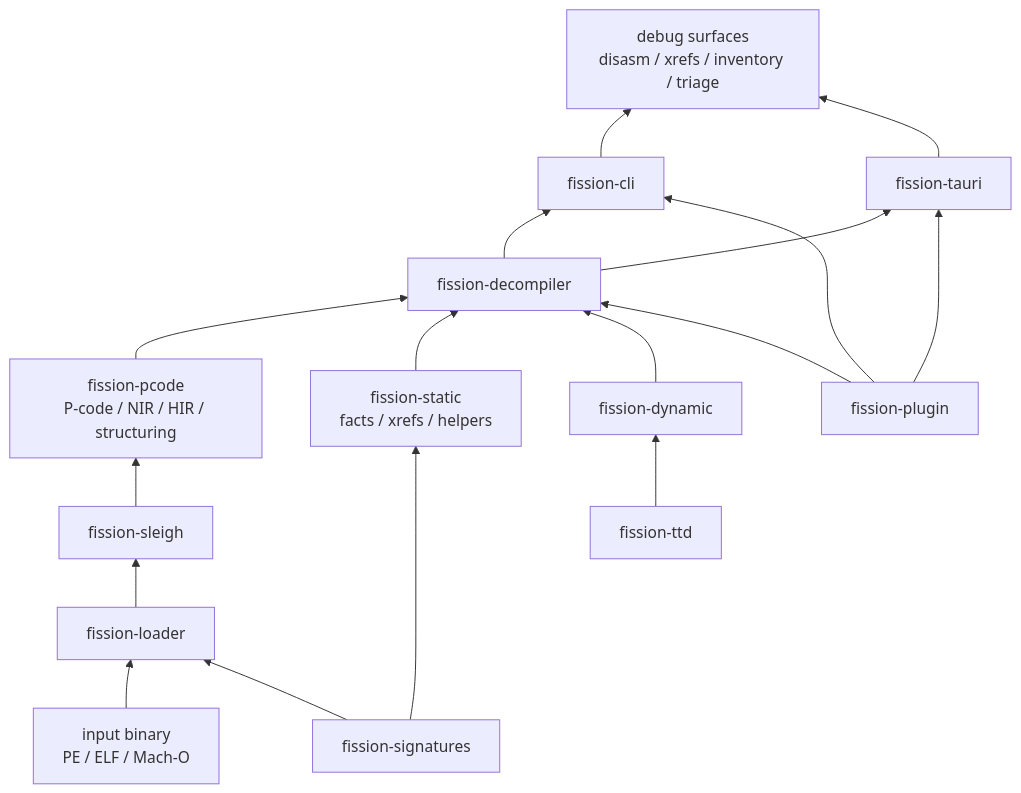
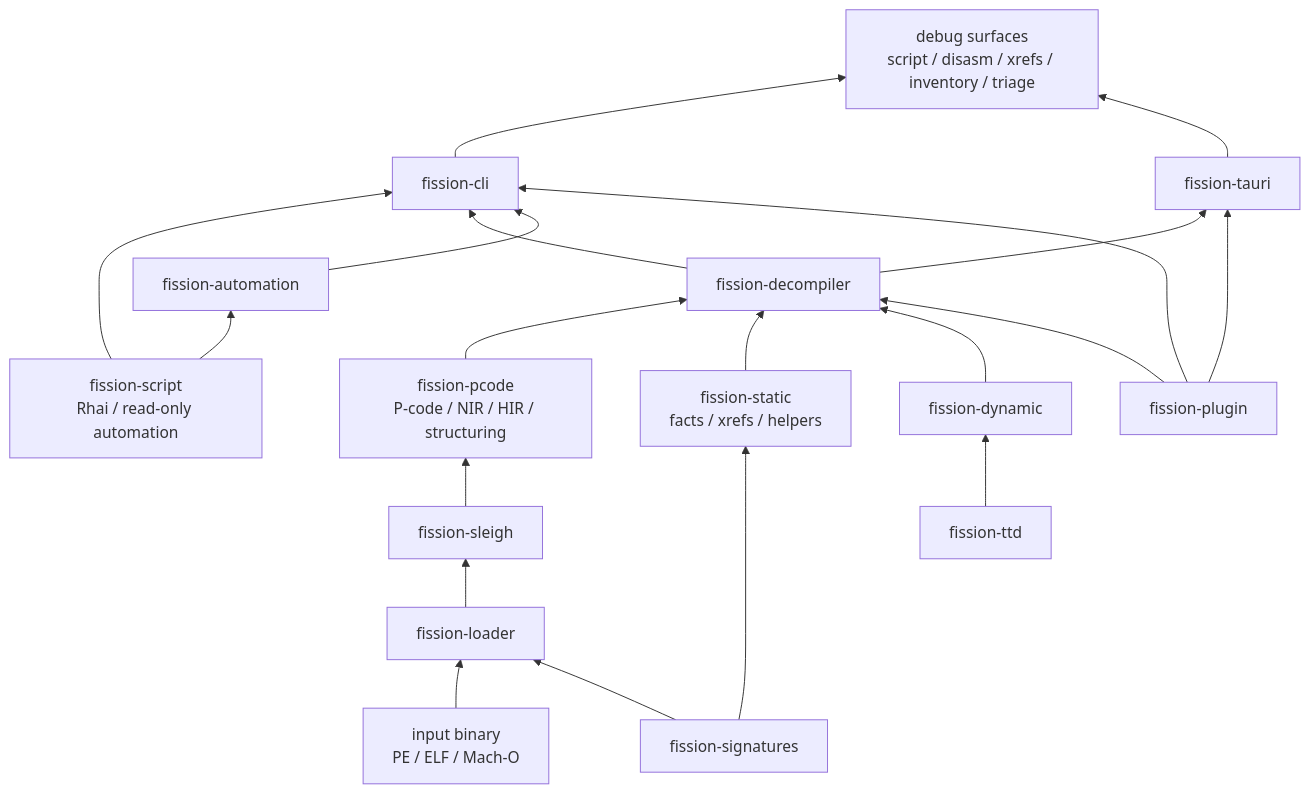
Before and after one commit to fission-systems/Fission: the second of 5 diagrams in docs/architecture/DIAGRAMS.md, drawn with Mermaid. The commit also changed other lines of this file, not shown here.

Commit message:
docs(architecture): include fission-script in diagrams

````diff
--- a/docs/architecture/DIAGRAMS.md
+++ b/docs/architecture/DIAGRAMS.md
@@ -34,19 +36,22 @@
 ```mermaid
 flowchart BT
     Binary["input binary<br/>PE / ELF / Mach-O"] --> Loader["fission-loader"]
     Loader --> Sleigh["fission-sleigh"]
     Sleigh --> Pcode["fission-pcode<br/>P-code / NIR / HIR / structuring"]
     Pcode --> Decompiler["fission-decompiler"]
     Static["fission-static<br/>facts / xrefs / helpers"] --> Decompiler
     Signatures["fission-signatures"] --> Loader
     Signatures --> Static
+    Script["fission-script<br/>Rhai / read-only automation"] --> CLI
+    Script --> Automation["fission-automation"]
     Dynamic["fission-dynamic"] --> Decompiler
     TTD["fission-ttd"] --> Dynamic
     Plugin["fission-plugin"] --> Decompiler
     Decompiler --> CLI["fission-cli"]
     Decompiler --> GUI["fission-tauri"]
-    CLI --> Debug["debug surfaces<br/>disasm / xrefs / inventory / triage"]
+    Automation --> CLI
+    CLI --> Debug["debug surfaces<br/>script / disasm / xrefs / inventory / triage"]
     GUI --> Debug
     Plugin --> CLI
     Plugin --> GUI
 ```
````
